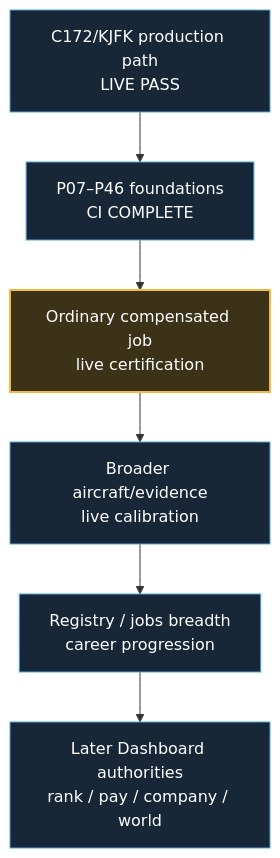
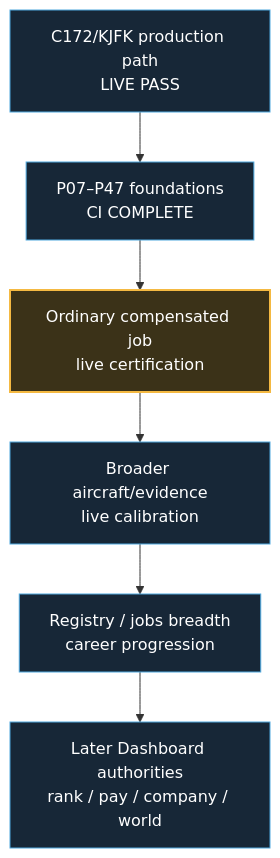
Before and after one commit to dhavalpddn-eng/OpenCareer: the second of 2 diagrams in docs/development-master-checklist.md, drawn with Mermaid. The commit also changed other lines of this file and 2 other files, not shown here.

````diff
--- a/docs/development-master-checklist.md
+++ b/docs/development-master-checklist.md
@@ -54,13 +54,13 @@
 ```mermaid
 flowchart TD
-    A["C172/KJFK production path<br/>LIVE PASS"] --> B["P07–P46 foundations<br/>CI COMPLETE"]
+    A["C172/KJFK production path<br/>LIVE PASS"] --> B["P07–P47 foundations<br/>CI COMPLETE"]
     B --> C["Ordinary compensated job<br/>live certification"]
     C --> D["Broader aircraft/evidence<br/>live calibration"]
     D --> E["Registry / jobs breadth<br/>career progression"]
     E --> F["Later Dashboard authorities<br/>rank / pay / company / world"]
 
     classDef next fill:#3b3218,stroke:#F4B942,color:#fff,stroke-width:2px;
     classDef future fill:#172737,stroke:#4EA8DE,color:#fff,stroke-width:1px;
     class C next;
     class A,B,D,E,F future;
 ```
````
